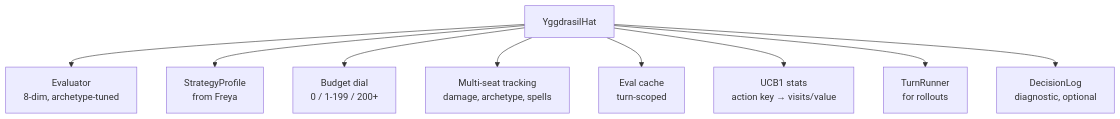
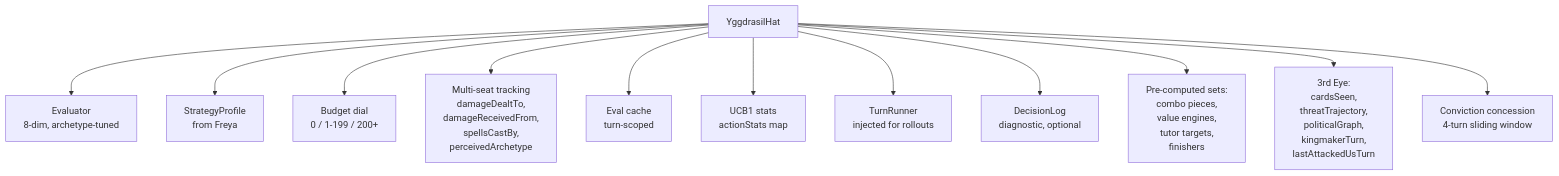
The third of 5 diagrams in docs/YggdrasilHat.md (HexDek/HexDek), drawn with Mermaid before and after one commit. The commit also changed other lines of this file and 17 other files, not shown here.

````diff
--- a/docs/YggdrasilHat.md
+++ b/docs/YggdrasilHat.md
@@ -17,12 +62,15 @@
 ```mermaid
 flowchart TB
     Y[YggdrasilHat]
     Y --> Eval[Evaluator<br/>8-dim, archetype-tuned]
     Y --> Strat[StrategyProfile<br/>from Freya]
     Y --> Budget[Budget dial<br/>0 / 1-199 / 200+]
-    Y --> Politics[Multi-seat tracking<br/>damage, archetype, spells]
+    Y --> Politics[Multi-seat tracking<br/>damageDealtTo,<br/>damageReceivedFrom,<br/>spellsCastBy,<br/>perceivedArchetype]
     Y --> Cache[Eval cache<br/>turn-scoped]
-    Y --> UCB[UCB1 stats<br/>action key → visits/value]
-    Y --> Runner[TurnRunner<br/>for rollouts]
+    Y --> UCB[UCB1 stats<br/>actionStats map]
+    Y --> Runner[TurnRunner<br/>injected for rollouts]
     Y --> Log[DecisionLog<br/>diagnostic, optional]
+    Y --> Lookups[Pre-computed sets:<br/>combo pieces,<br/>value engines,<br/>tutor targets,<br/>finishers]
+    Y --> ThirdEye[3rd Eye:<br/>cardsSeen,<br/>threatTrajectory,<br/>politicalGraph,<br/>kingmakerTurn,<br/>lastAttackedUsTurn]
+    Y --> Conviction[Conviction concession<br/>4-turn sliding window]
 ```
````
